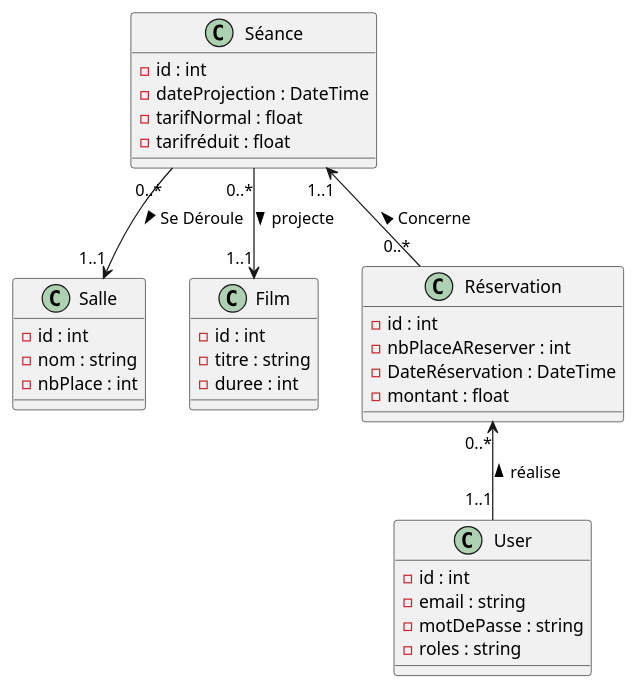
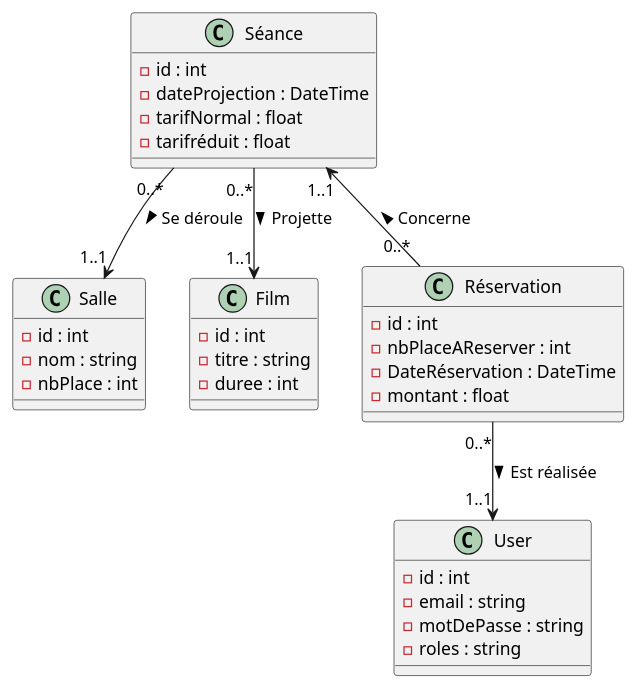
The diagram in documentation/Diagramme-de-classe.puml (mat25/BTS2-api-cinema), drawn with PlantUML before and after one commit. The commit also changed 1 other file, not shown here.

Commit message:
Ajout diagramme cas d'utilisation

```diff
--- a/documentation/Diagramme-de-classe.puml
+++ b/documentation/Diagramme-de-classe.puml
@@ -1,42 +1,42 @@
 @startuml
 
 class Salle {
 - id : int
 - nom : string
 - nbPlace : int
 }
 
 class Séance {
 - id : int
 - dateProjection : DateTime
 - tarifNormal : float
 - tarifréduit : float
 }
 
 class Film {
 - id : int
 - titre : string
 - duree : int
 }
 
 class User {
 - id : int
 - email : string
 - motDePasse : string
 - roles : string
 }
 
 class Réservation {
 - id : int
 - nbPlaceAReserver : int
 - DateRéservation : DateTime
 - montant : float
 }
 
-Séance"0..*" --> "1..1"Film :> projecte
-Séance"0..*" --> "1..1"Salle :> Se Déroule
+Séance"0..*" --> "1..1"Film :> Projette
+Séance"0..*" --> "1..1"Salle :> Se déroule
 
-Réservation"0..*" <-- "1..1"User :< réalise
+Réservation"0..*" --> "1..1"User :> Est réalisée
 
 Séance"1..1" <-- "0..*"Réservation :< Concerne
 @enduml
```
